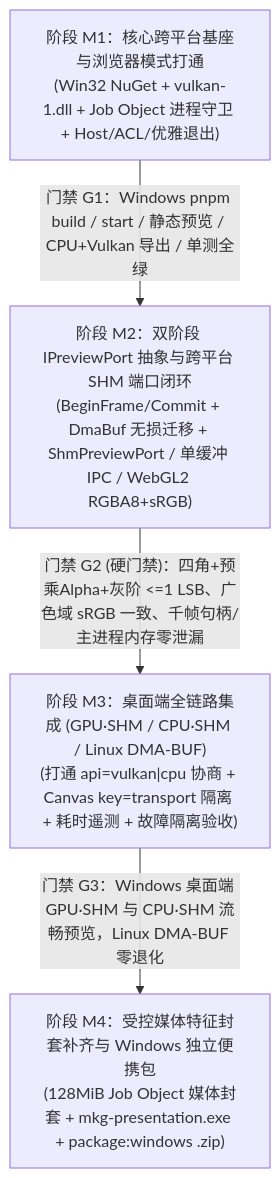
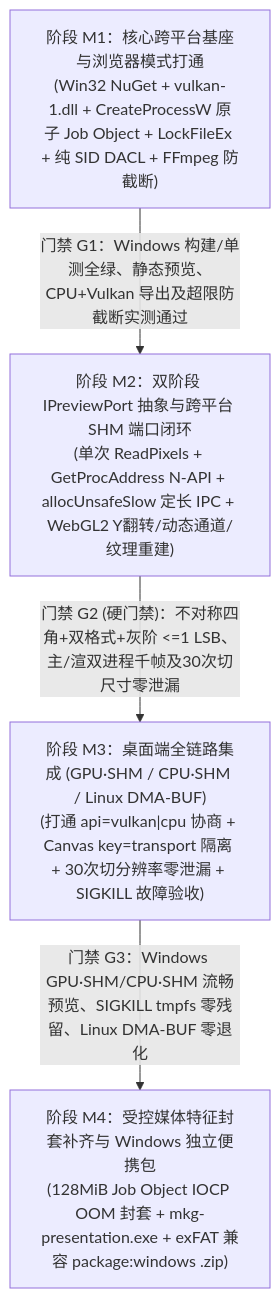
One commit to Zydr114/MakoKaraGenerator-App changed the third of 3 diagrams in docs/plans/cross-platform-adaptation-plan.md. Above: the diagram before and after it, drawn with Mermaid. The commit also changed other lines of this file, not shown here.

````diff
--- a/docs/plans/cross-platform-adaptation-plan.md
+++ b/docs/plans/cross-platform-adaptation-plan.md
@@ -185,11 +231,11 @@
 ```mermaid
 flowchart TD
-    M1["阶段 M1：核心跨平台基座与浏览器模式打通\n(Win32 NuGet + vulkan-1.dll + Job Object 进程守卫 + Host/ACL/优雅退出)"]
-    M2["阶段 M2：双阶段 IPreviewPort 抽象与跨平台 SHM 端口闭环\n(BeginFrame/Commit + DmaBuf 无损迁移 + ShmPreviewPort / 单缓冲 IPC / WebGL2 RGBA8+sRGB)"]
-    M3["阶段 M3：桌面端全链路集成 (GPU·SHM / CPU·SHM / Linux DMA-BUF)\n(打通 api=vulkan|cpu 协商 + Canvas key=transport 隔离 + 耗时遥测 + 故障隔离验收)"]
-    M4["阶段 M4：受控媒体特征封套补齐与 Windows 独立便携包\n(128MiB Job Object 媒体封套 + mkg-presentation.exe + package:windows .zip)"]
+    M1["阶段 M1：核心跨平台基座与浏览器模式打通\n(Win32 NuGet + vulkan-1.dll + CreateProcessW 原子 Job Object + LockFileEx + 纯 SID DACL + FFmpeg 防截断)"]
+    M2["阶段 M2：双阶段 IPreviewPort 抽象与跨平台 SHM 端口闭环\n(单次 ReadPixels + GetProcAddress N-API + allocUnsafeSlow 定长 IPC + WebGL2 Y翻转/动态通道/纹理重建)"]
+    M3["阶段 M3：桌面端全链路集成 (GPU·SHM / CPU·SHM / Linux DMA-BUF)\n(打通 api=vulkan|cpu 协商 + Canvas key=transport 隔离 + 30次切分辨率零泄漏 + SIGKILL 故障验收)"]
+    M4["阶段 M4：受控媒体特征封套补齐与 Windows 独立便携包\n(128MiB Job Object IOCP OOM 封套 + mkg-presentation.exe + exFAT 兼容 package:windows .zip)"]
 
-    M1 -->|"门禁 G1：Windows pnpm build / start / 静态预览 / CPU+Vulkan 导出 / 单测全绿"| M2
-    M2 -->|"门禁 G2 (硬门禁)：四角+预乘Alpha+灰阶 <=1 LSB、广色域 sRGB 一致、千帧句柄/主进程内存零泄漏"| M3
-    M3 -->|"门禁 G3：Windows 桌面端 GPU·SHM 与 CPU·SHM 流畅预览，Linux DMA-BUF 零退化"| M4
+    M1 -->|"门禁 G1：Windows 构建/单测全绿、静态预览、CPU+Vulkan 导出及超限防截断实测通过"| M2
+    M2 -->|"门禁 G2 (硬门禁)：不对称四角+双格式+灰阶 <=1 LSB、主/渲双进程千帧及30次切尺寸零泄漏"| M3
+    M3 -->|"门禁 G3：Windows GPU·SHM/CPU·SHM 流畅预览、SIGKILL tmpfs 零残留、Linux DMA-BUF 零退化"| M4
 ```
````
